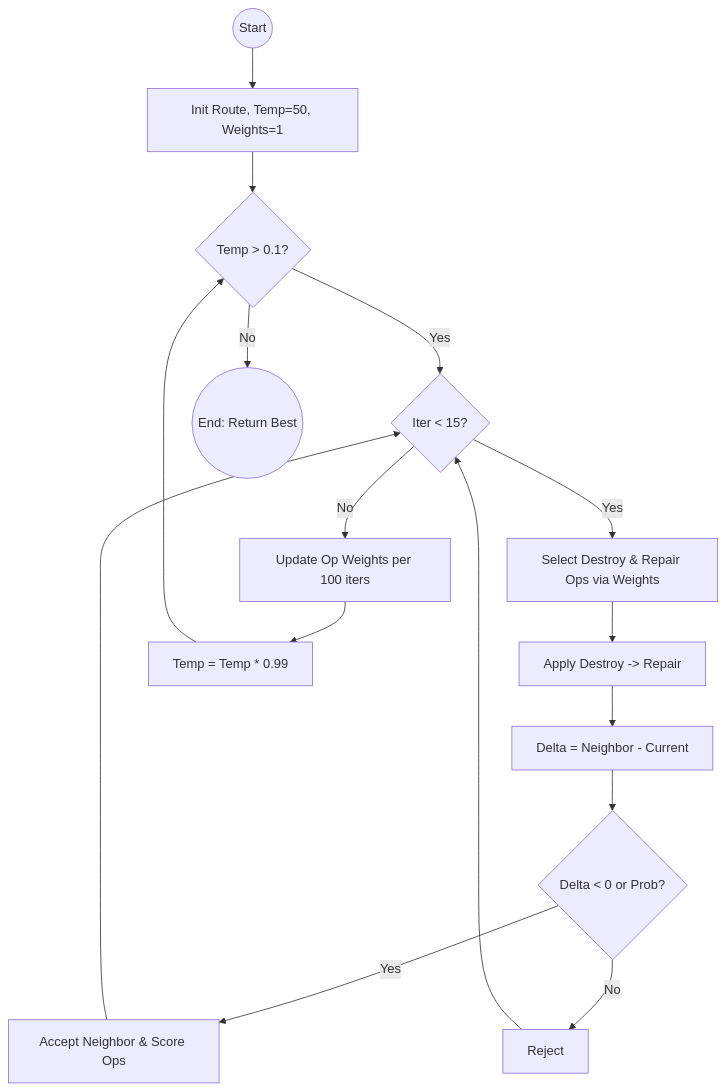
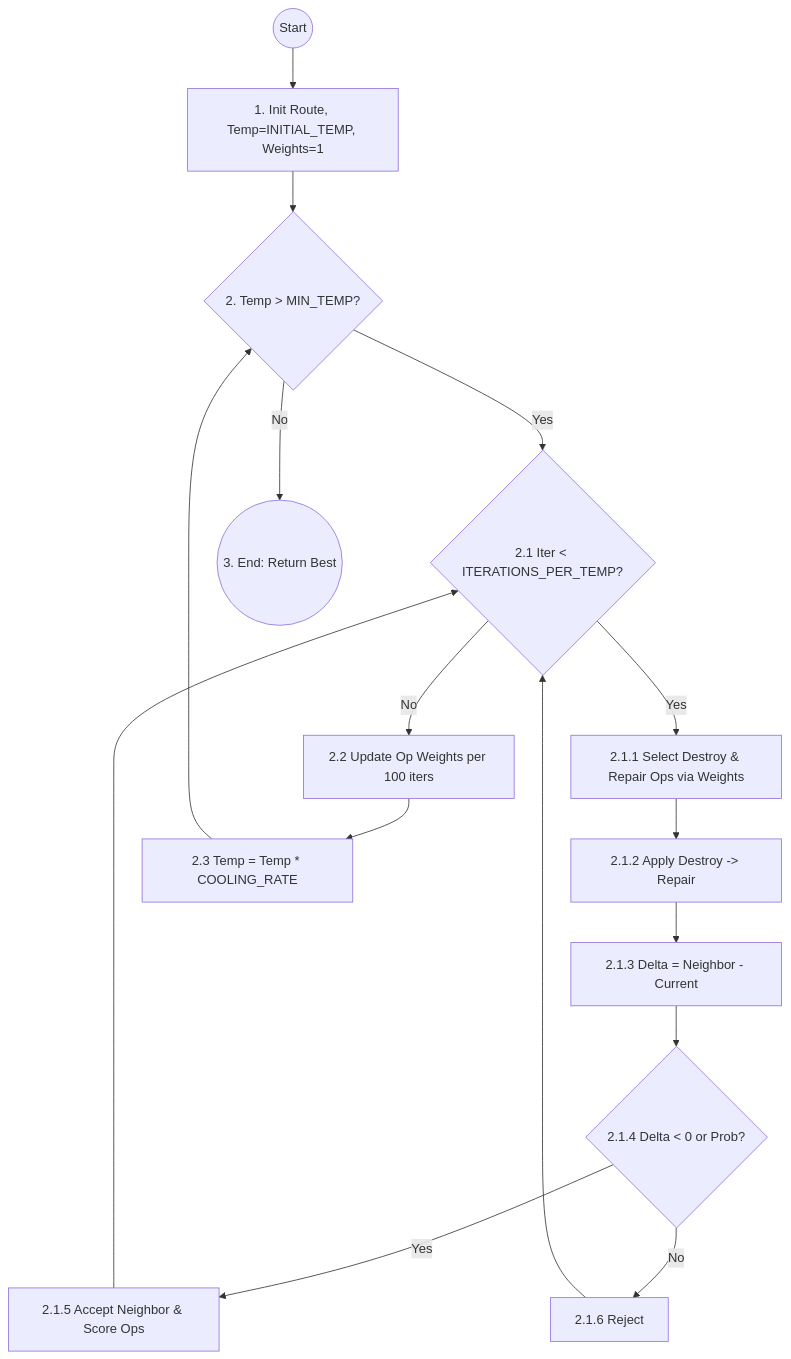
The fifth of 8 diagrams in doc/algorithm-workflows.md (babankbro/NakornSri-Travel), drawn with Mermaid before and after one commit. The commit also changed other lines of this file and 17 other files, not shown here.

````diff
--- a/doc/algorithm-workflows.md
+++ b/doc/algorithm-workflows.md
@@ -401,23 +355,23 @@
 ```mermaid
 graph TD
-    Start(("Start")) --> Init["Init Route, Temp=50, Weights=1"]
-    Init --> LoopTemp{"Temp > 0.1?"}
+    Start(("Start")) --> Init["1. Init Route, Temp=INITIAL_TEMP, Weights=1"]
+    Init --> LoopTemp{"2. Temp > MIN_TEMP?"}
     
-    LoopTemp -- Yes --> LoopIter{"Iter < 15?"}
+    LoopTemp -- Yes --> LoopIter{"2.1 Iter < ITERATIONS_PER_TEMP?"}
     
-    LoopIter -- Yes --> SelectOps["Select Destroy & Repair Ops via Weights"]
-    SelectOps --> ApplyALNS["Apply Destroy -> Repair"]
-    ApplyALNS --> EvalDelta["Delta = Neighbor - Current"]
-    EvalDelta --> AcceptRules{"Delta < 0 or Prob?"}
+    LoopIter -- Yes --> SelectOps["2.1.1 Select Destroy & Repair Ops via Weights"]
+    SelectOps --> ApplyALNS["2.1.2 Apply Destroy -> Repair"]
+    ApplyALNS --> EvalDelta["2.1.3 Delta = Neighbor - Current"]
+    EvalDelta --> AcceptRules{"2.1.4 Delta < 0 or Prob?"}
     
-    AcceptRules -- Yes --> Accept["Accept Neighbor & Score Ops"]
-    AcceptRules -- No --> Reject["Reject"]
+    AcceptRules -- Yes --> Accept["2.1.5 Accept Neighbor & Score Ops"]
+    AcceptRules -- No --> Reject["2.1.6 Reject"]
     Accept --> LoopIter
     Reject --> LoopIter
     
-    LoopIter -- No --> UpdateWeights["Update Op Weights per 100 iters"]
-    UpdateWeights --> Cool["Temp = Temp * 0.99"]
+    LoopIter -- No --> UpdateWeights["2.2 Update Op Weights per 100 iters"]
+    UpdateWeights --> Cool["2.3 Temp = Temp * COOLING_RATE"]
     Cool --> LoopTemp
     
-    LoopTemp -- No --> End(("End: Return Best"))
+    LoopTemp -- No --> End(("3. End: Return Best"))
 ```
````
